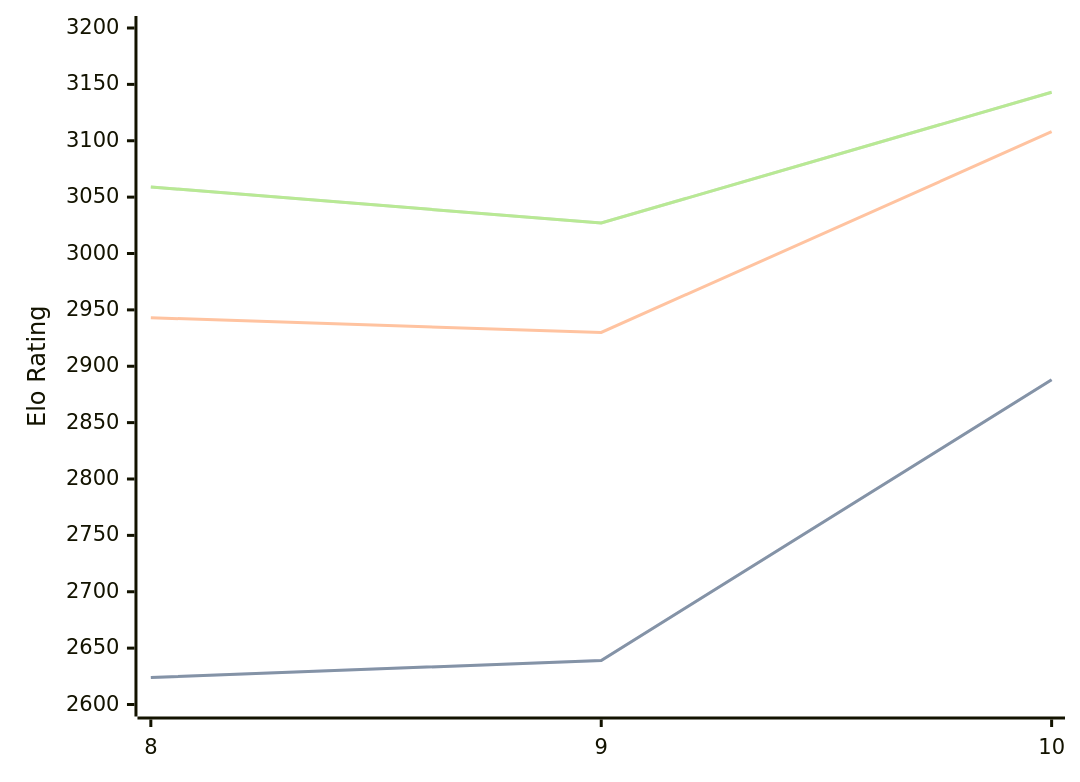
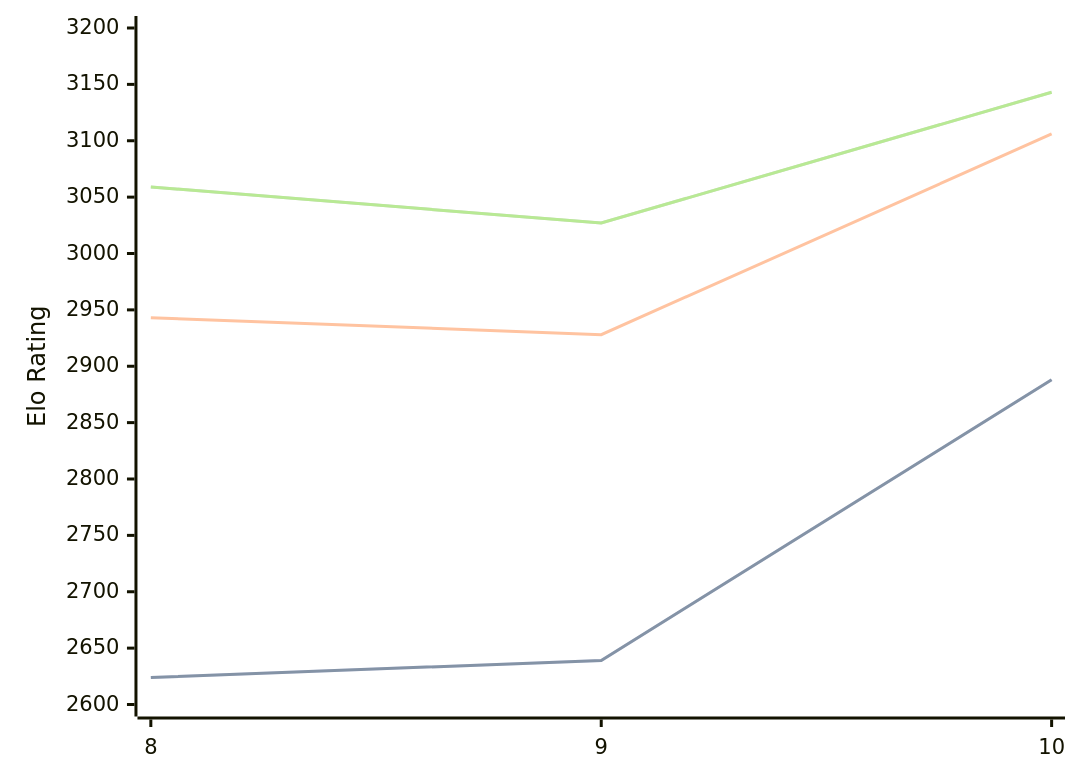
One commit to computer-chess-index/cci changed the diagram in engines/Lozza.md. Above: the diagram before and after it, drawn with Mermaid. The commit also changed other lines of this file, not shown here.

````diff
--- a/engines/Lozza.md
+++ b/engines/Lozza.md
@@ -41,11 +41,11 @@
 ```mermaid
 %%{init: {"theme":"base","themeVariables":{"seriesColors:['#a3a3a3','#222221','#faa371']}}}%%
 xychart-beta
   x-axis ["8", "9", "10"]
   y-axis "Elo Rating" 2600 --> 3200
   line "STC (8.0+0.08s)" [2624, 2639, 2888]
   line "STC (8.0+0.08s)" [2624, 2639, 2888]
-  line "LTC (60.0+0.60s)" [2943, 2930, 3108]
+  line "LTC (60.0+0.60s)" [2943, 2928, 3106]
   line "VLTC (2m24s+1.12s)" [3059, 3027, 3143]
   line "VLTC (2m24s+1.12s)" [3059, 3027, 3143]
 ```
````
